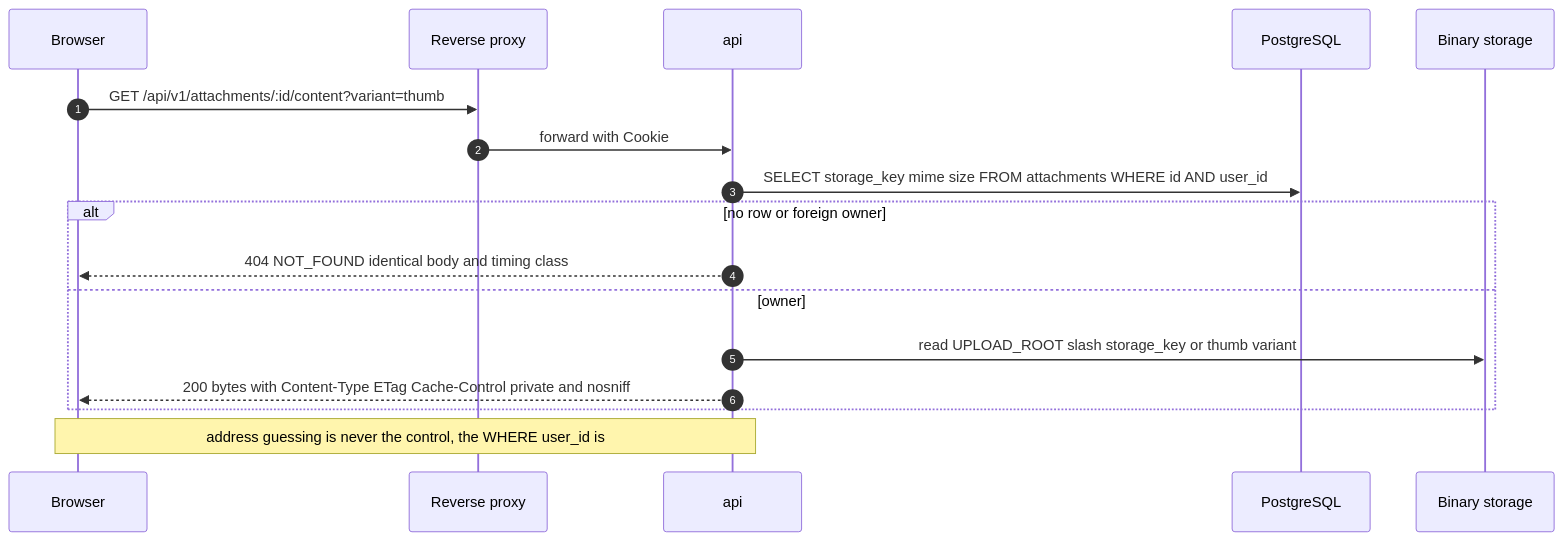
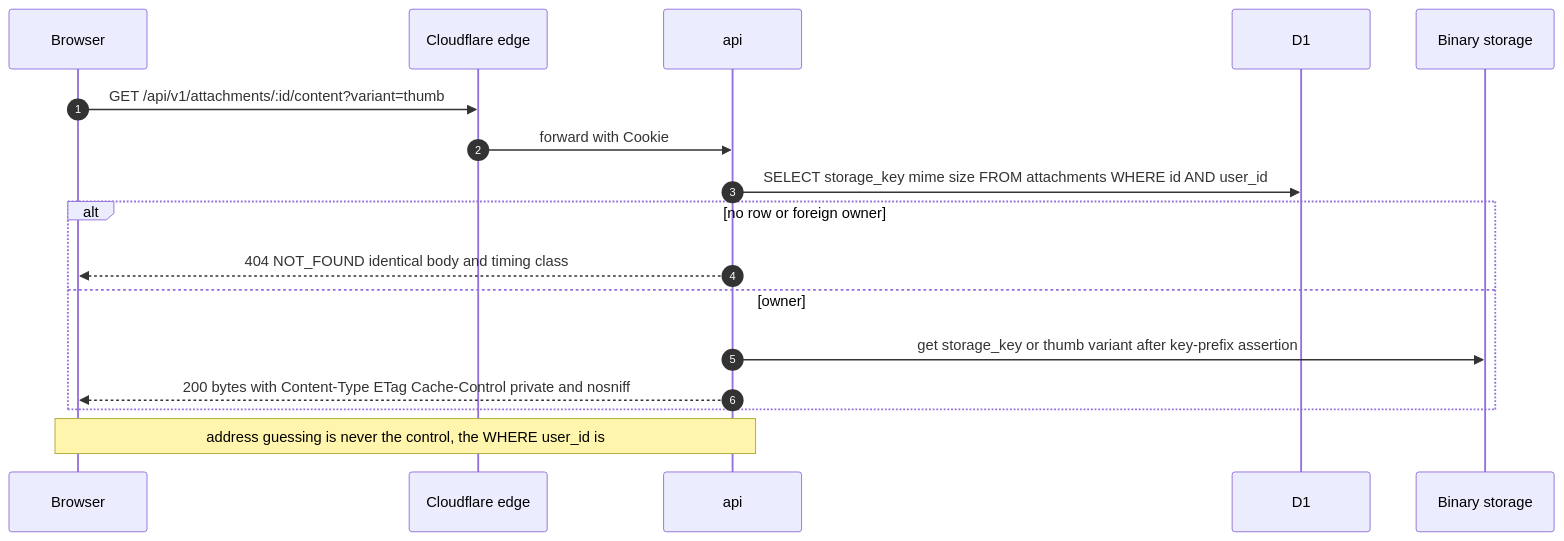
Before and after one commit to mhiqrambg/rweb-task-management: the sixth of 8 diagrams in .planning/03-system-architecture.md, drawn with Mermaid. The commit also changed other lines of this file and 18 other files, not shown here.

First line of the commit message:
docs: align the planning set and root docs to Cloudflare Workers + D1 + R2

````diff
--- a/.planning/03-system-architecture.md
+++ b/.planning/03-system-architecture.md
@@ -376,20 +373,20 @@
 ```mermaid
 sequenceDiagram
   autonumber
   participant B as Browser
-  participant P as Reverse proxy
+  participant P as Cloudflare edge
   participant S as api
-  participant D as PostgreSQL
+  participant D as D1
   participant F as Binary storage
 
   B->>P: GET /api/v1/attachments/:id/content?variant=thumb
   P->>S: forward with Cookie
   S->>D: SELECT storage_key mime size FROM attachments WHERE id AND user_id
   alt no row or foreign owner
     S-->>B: 404 NOT_FOUND identical body and timing class
   else owner
-    S->>F: read UPLOAD_ROOT slash storage_key or thumb variant
+    S->>F: get storage_key or thumb variant after key-prefix assertion
     S-->>B: 200 bytes with Content-Type ETag Cache-Control private and nosniff
   end
   Note over B,S: address guessing is never the control, the WHERE user_id is
 ```
````
